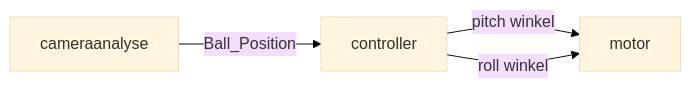
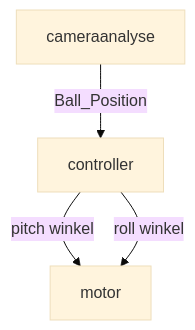
Before and after one commit to yifan-Technology/stewart-platform: the diagram in ballControllerForRos2Src/controller_pid/readme.md, drawn with Mermaid (base theme).

Commit message:
Update readme.md
修改readme

````diff
--- a/ballControllerForRos2Src/controller_pid/readme.md
+++ b/ballControllerForRos2Src/controller_pid/readme.md
@@ -9,6 +9,6 @@
 ```mermaid
-graph LR
+graph TD
 A[cameraanalyse] -->|Ball_Position|C[controller]
 C -->|pitch winkel| D[motor]
 C -->|roll winkel| D[motor]
 ```
````
